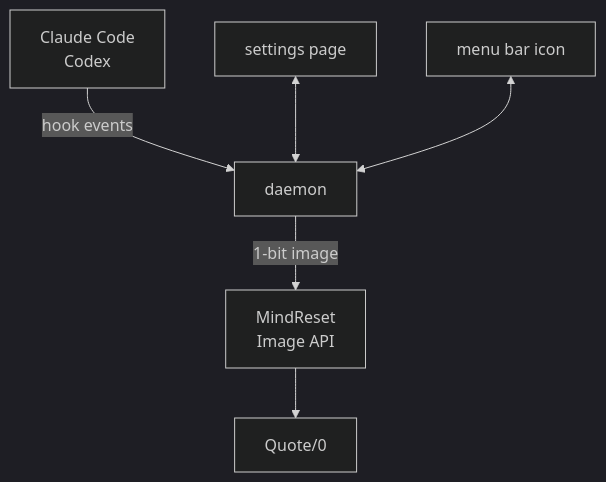
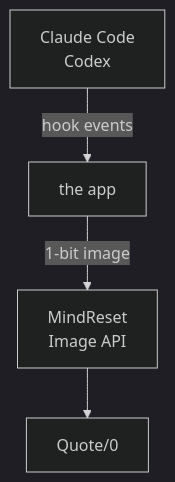
Before and after one commit to realruian/quote0-agent-board: the diagram in README.en.md, drawn with Mermaid (dark theme). The commit also changed other lines of this file and 4 other files, not shown here.

````diff
--- a/README.en.md
+++ b/README.en.md
@@ -79,8 +78,6 @@
 ```mermaid
 flowchart TB
-    A["Claude Code<br>Codex"] -- "hook events" --> C["daemon"]
+    A["Claude Code<br>Codex"] -- "hook events" --> C["the app"]
     C -- "1-bit image" --> D["MindReset<br>Image API"]
     D --> E["Quote/0"]
-    F["settings page"] <--> C
-    G["menu bar icon"] <--> C
 ```
````
